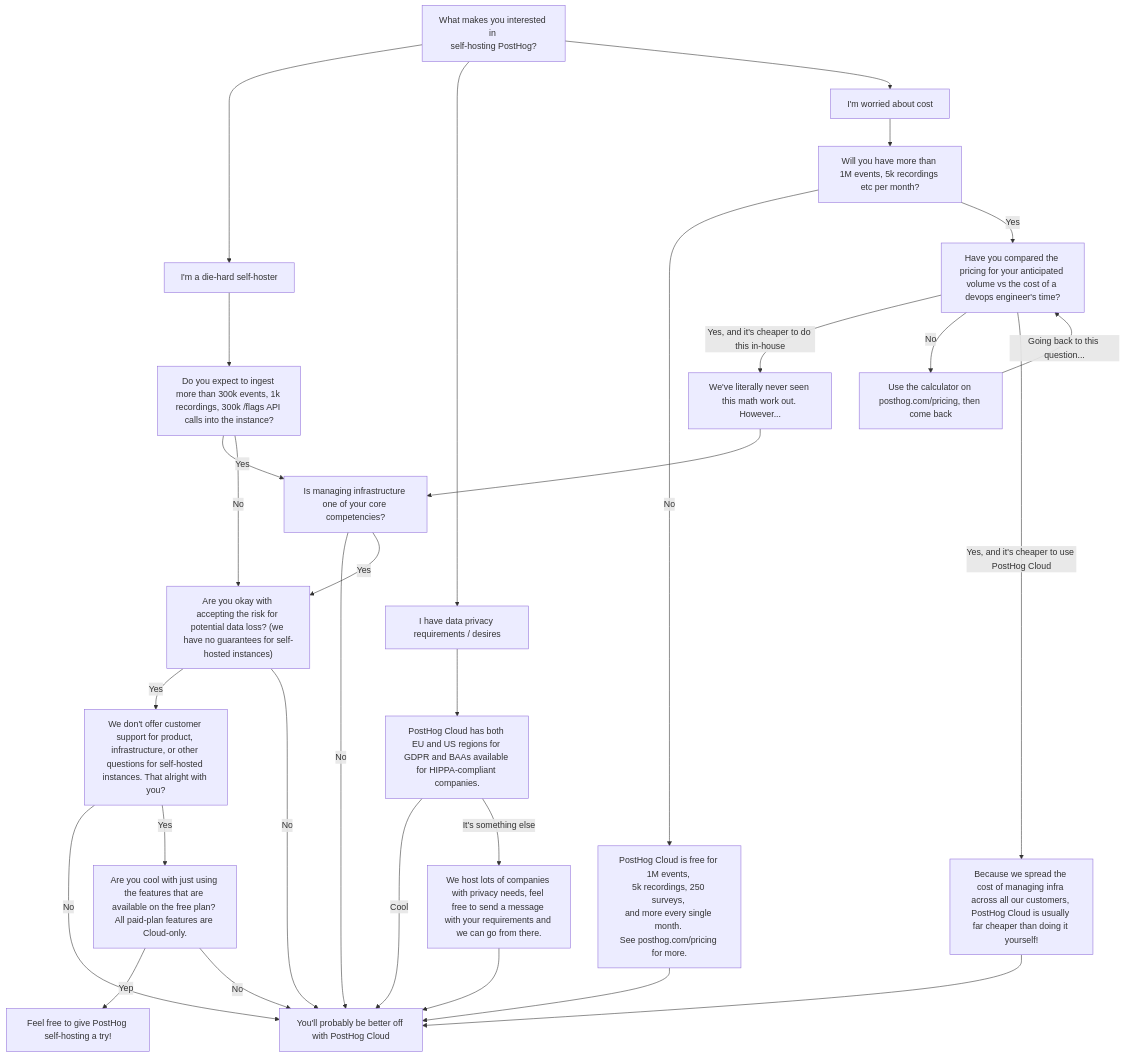
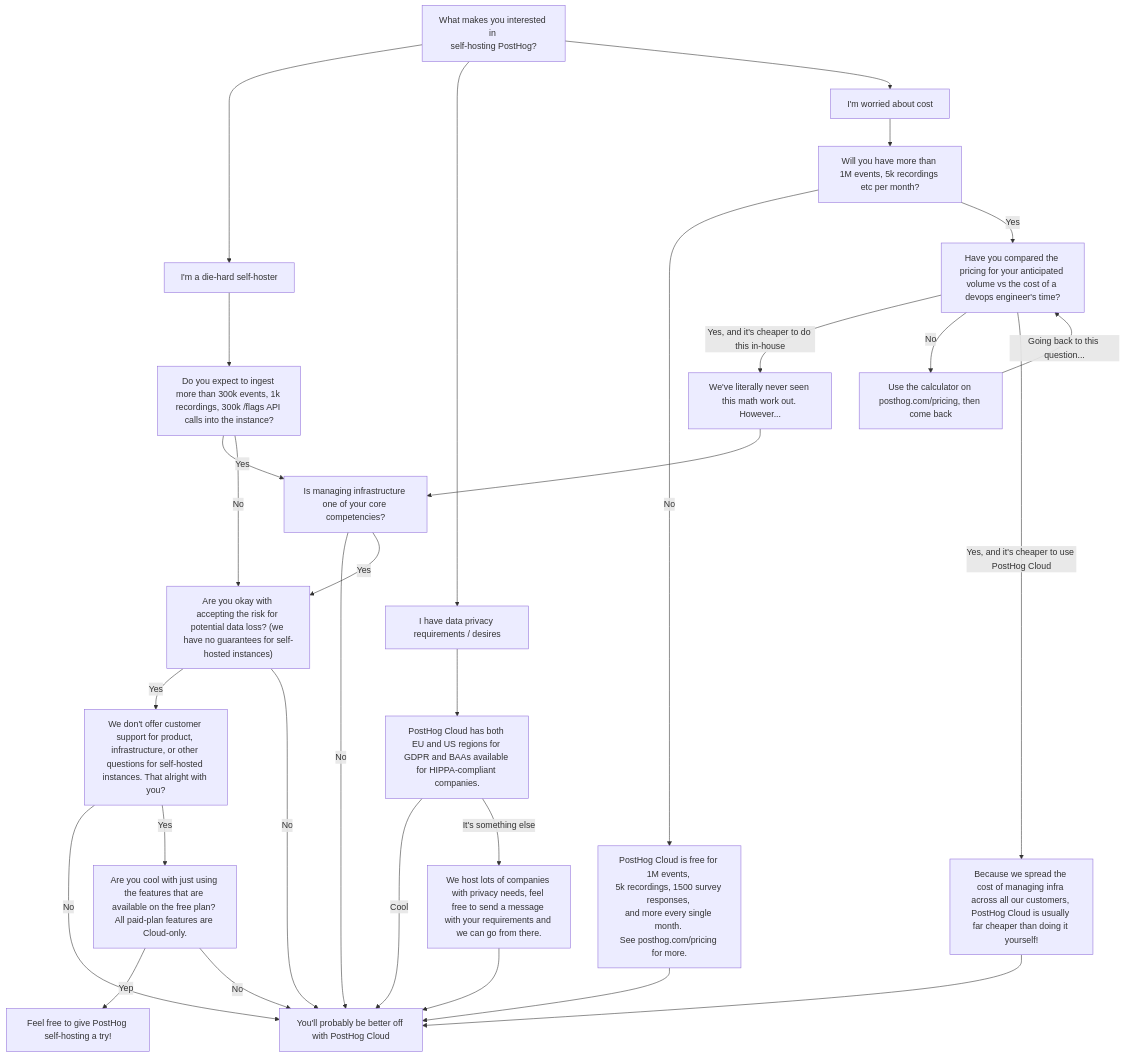
One commit to PostHog/posthog.com changed the diagram in contents/docs/self-host/index.mdx. Above: the diagram before and after it, drawn with Mermaid. The commit also changed 14 other files, not shown here.

````diff
--- a/contents/docs/self-host/index.mdx
+++ b/contents/docs/self-host/index.mdx
@@ -21,35 +21,35 @@
 ```mermaid
 flowchart TD
     start["What makes you interested in <br/>self-hosting PostHog?"] --> diehard["I'm a die-hard self-hoster"] & privacy["I have data privacy requirements / desires"] & worried["I'm worried about cost"]
     diehard --> B["Do you expect to ingest more than 300k events, 1k recordings, 300k /flags API calls into the instance?"]
     worried --> events["Will you have more than 1M events, 5k recordings etc per month?"]
     events -- No --> cloud_free["`PostHog Cloud is free for 1M events, 
-5k recordings, 250 surveys, 
+5k recordings, 1500 survey responses, 
 and more every single month. 
 See posthog.com/pricing for more.`"]
     cloud_free --> better_cloud["You'll probably be better off with PostHog Cloud"]
     privacy --> gdpr["PostHog Cloud has both EU and US regions for GDPR and BAAs available for HIPPA-compliant companies."]
     gdpr -- Cool --> better_cloud
     B -- Yes --> infra["Is managing infrastructure one of your core competencies?"]
     B -- No --> risk["Are you okay with accepting the risk for potential data loss? (we have no guarantees for self-hosted instances)"]
     infra -- No --> better_cloud
     events -- Yes --> pricing["Have you compared the pricing for your anticipated volume vs the cost of a devops engineer's time?"]
     pricing -- "Yes, and it's cheaper to do this in-house" --> doubt["We've literally never seen this math work out. However..."]
     doubt --> infra
     gdpr -- It's something else --> other_privacy["We host lots of companies with privacy needs, feel free to send a message with your requirements and we can go from there."]
     other_privacy --> better_cloud
     pricing -- No --> calculator["Use the calculator on posthog.com/pricing, then come back"]
     calculator -- "Going back to this question..." --> pricing
     pricing -- "Yes, and it's cheaper to use PostHog Cloud" --> cloud_cheaper["Because we spread the cost of managing infra across all our customers, PostHog Cloud is usually far cheaper than doing it yourself!"]
     cloud_cheaper --> better_cloud
     infra -- Yes --> risk
     risk -- Yes --> support["We don't offer customer support for product, infrastructure, or other questions for self-hosted instances. That alright with you?"]
     support -- No --> better_cloud
     support -- Yes --> features["Are you cool with just using the features that are available on the free plan? All paid-plan features are Cloud-only."]
     features -- Yep --> try_it["Feel free to give PostHog self-hosting a try!"]
     features -- No --> better_cloud
     risk -- No --> better_cloud
 
     class diehard,privacy,worried,better_cloud,risk,support,try_it decision
     class cloud_free,cloud_cheaper endpoint
 ```
````
